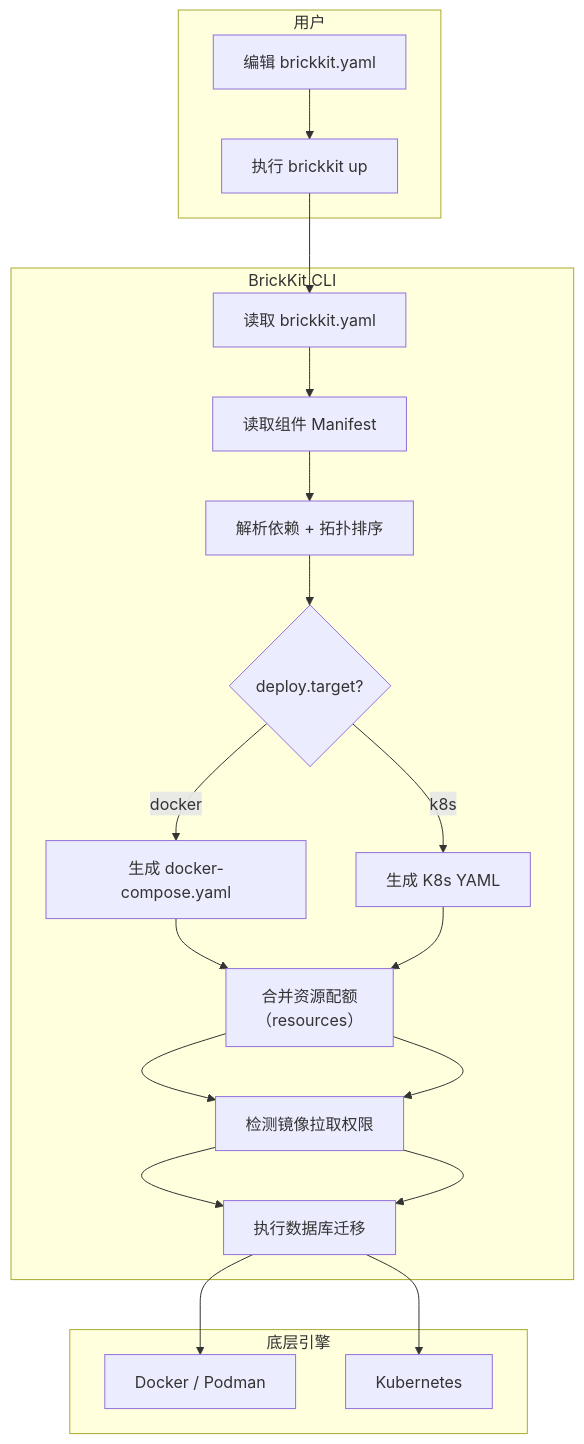
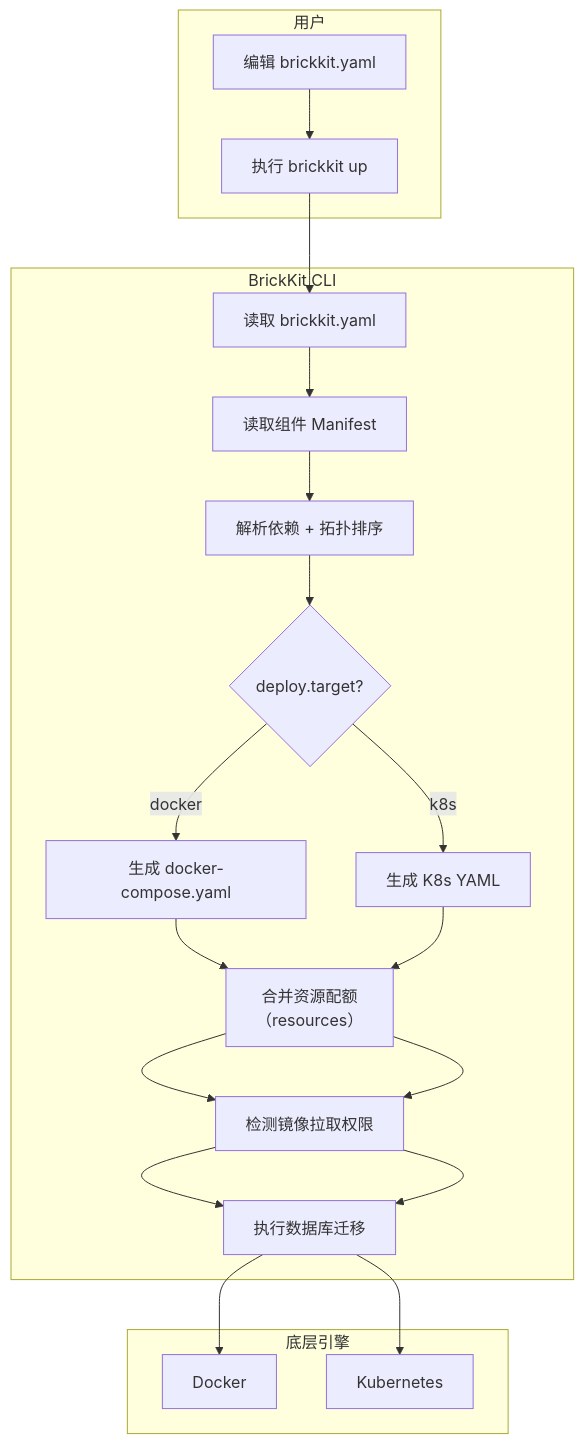
The first of 9 diagrams in design/005-部署与运行规范.md (brickKit/brickKit), drawn with Mermaid before and after one commit. The commit also changed other lines of this file and 24 other files, not shown here.

````diff
--- a/design/005-部署与运行规范.md
+++ b/design/005-部署与运行规范.md
@@ -41,25 +41,25 @@
 ```mermaid
 flowchart TD
        subgraph User["用户"]
            A["编辑 brickkit.yaml"]
            B["执行 brickkit up"]
        end
        subgraph CLI["BrickKit CLI"]
            C["读取 brickkit.yaml"]
            D["读取组件 Manifest"]
            E["解析依赖 + 拓扑排序"]
            F{"deploy.target?"}
            G["生成 docker-compose.yaml"]
            H["生成 K8s YAML"]
            I["检测镜像拉取权限"]
            J["执行数据库迁移"]
            R["合并资源配额<br/>（resources）"]
        end
        subgraph Engine["底层引擎"]
-           K["Docker / Podman"]
+           K["Docker"]
            L["Kubernetes"]
        end
        A --> B --> C --> D --> E --> F
        F -->|docker| G --> R --> I --> J --> K
        F -->|k8s| H --> R --> I --> J --> L
 ```
````
